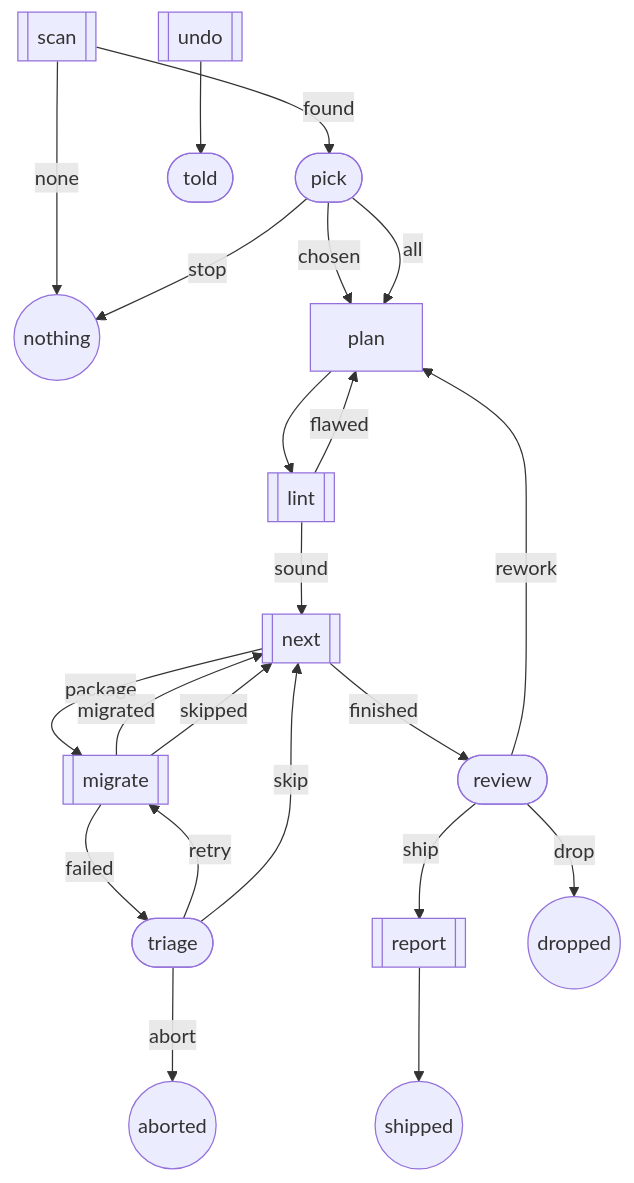
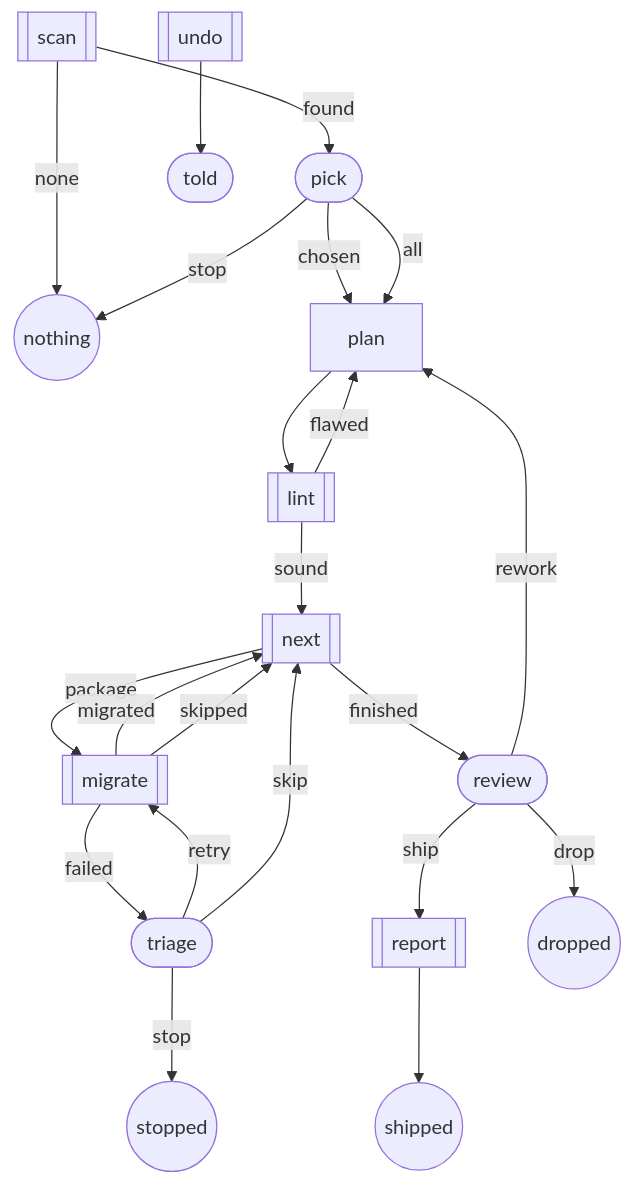
The diagram in examples/skills/migrate-api/WORKFLOW.md (ChristopherDavenport/agentflow), drawn with Mermaid before and after one commit. The commit also changed other lines of this file and 6 other files, not shown here.

````diff
--- a/examples/skills/migrate-api/WORKFLOW.md
+++ b/examples/skills/migrate-api/WORKFLOW.md
@@ -28,29 +29,29 @@
 ```mermaid
 flowchart TD
   scan[[scan]] -->|found| pick([pick])
   scan -->|none| nothing((nothing))
   pick -->|chosen| plan[plan]
   pick -->|all| plan
   pick -->|stop| nothing
 
   plan --> lint[[lint]]
   lint -->|flawed| plan
   lint -->|sound| next[[next]]
 
   next -->|package| migrate[[migrate]]
   next -->|finished| review([review])
   migrate -->|migrated| next
   migrate -->|skipped| next
   migrate -->|failed| triage([triage])
   triage -->|retry| migrate
   triage -->|skip| next
-  triage -->|abort| aborted((aborted))
+  triage -->|stop| stopped((stopped))
 
   review -->|ship| report[[report]]
   review -->|rework| plan
   review -->|drop| dropped((dropped))
   report --> shipped((shipped))
 
   %% The cleanup path, run only when the run is abandoned.
   undo[[undo]] --> told([told])
 ```
````
